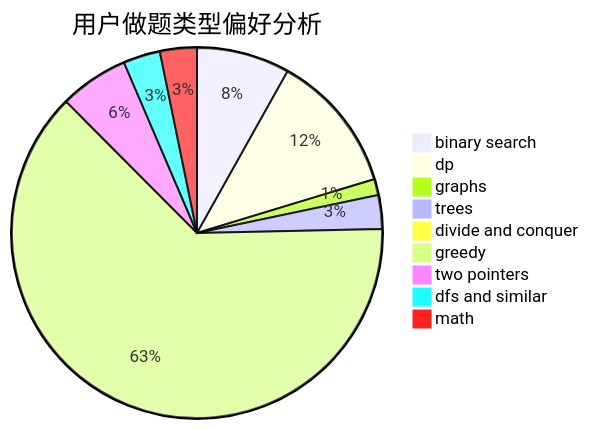
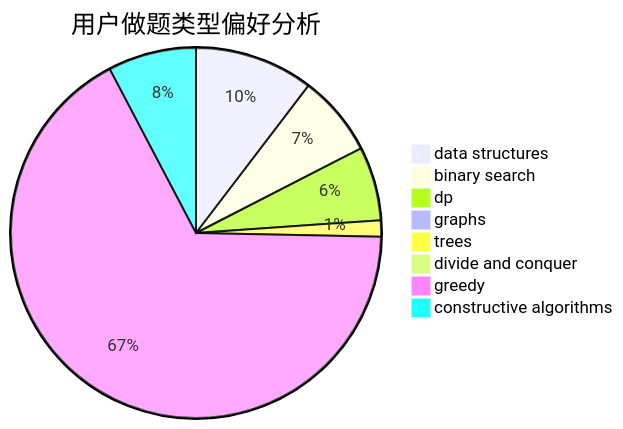
One commit to sherpahu/cfrs.github.io changed the second of 3 diagrams in docs/user/u412.md. Above: the diagram before and after it, drawn with Mermaid. The commit also changed other lines of this file and 2775 other files, not shown here.

````diff
--- a/docs/user/u412.md
+++ b/docs/user/u412.md
@@ -23,12 +23,11 @@
 ```mermaid
 pie title 用户做题类型偏好分析
-    "binary search" :  58
-    "dp" :  87
-    "graphs" :  10
-    "trees" :  21
-    "divide and conquer" :  4
-    "greedy" :  449
-    "two pointers" :  43
-    "dfs and similar" :  23
-    "math" :  23
+    "data structures" :  66
+    "binary search" :  45
+    "dp" :  41
+    "graphs" :  0
+    "trees" :  9
+    "divide and conquer" :  0
+    "greedy" :  426
+    "constructive algorithms" :  49
 ```
````
